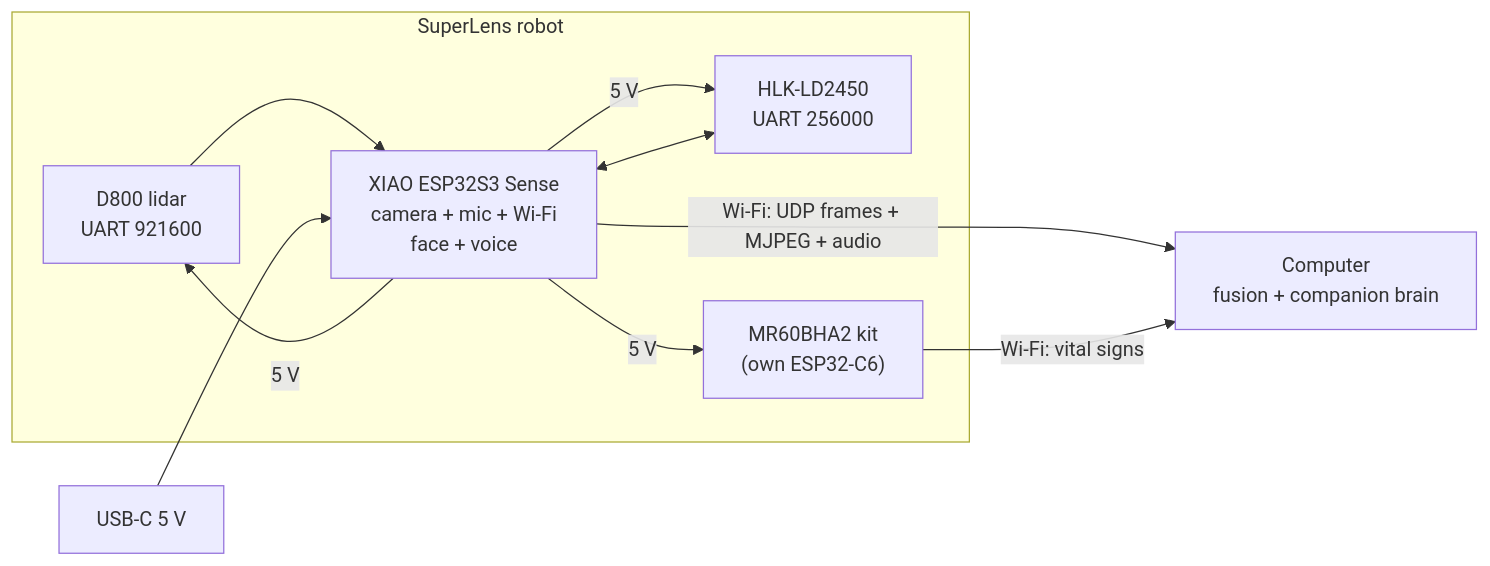
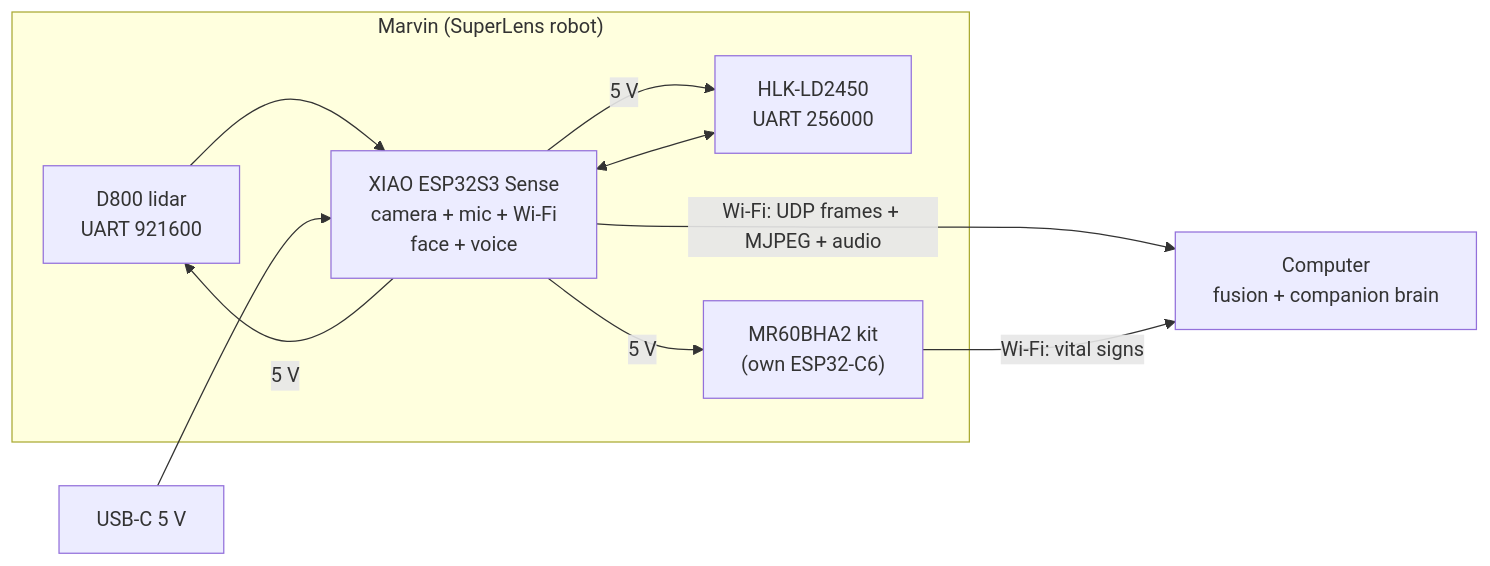
One commit to SebastienTr/Marvin changed the diagram in README.md. Above: the diagram before and after it, drawn with Mermaid. The commit also changed other lines of this file and 2 other files, not shown here.

Commit message:
Name the robot Marvin (also its wake word)

````diff
--- a/README.md
+++ b/README.md
@@ -60,12 +63,12 @@
 ```mermaid
 flowchart LR
-  subgraph Robot["SuperLens robot"]
+  subgraph Robot["Marvin (SuperLens robot)"]
     LID["D800 lidar<br/>UART 921600"] --> ESP["XIAO ESP32S3 Sense<br/>camera + mic + Wi-Fi<br/>face + voice"]
     LD2450["HLK-LD2450<br/>UART 256000"] <--> ESP
     MR60["MR60BHA2 kit<br/>(own ESP32-C6)"]
   end
   PWR["USB-C 5 V"] --> ESP
   ESP -->|5 V| LID & LD2450 & MR60
   ESP -->|"Wi-Fi: UDP frames + MJPEG + audio"| PC["Computer<br/>fusion + companion brain"]
   MR60 -->|"Wi-Fi: vital signs"| PC
 ```
````
